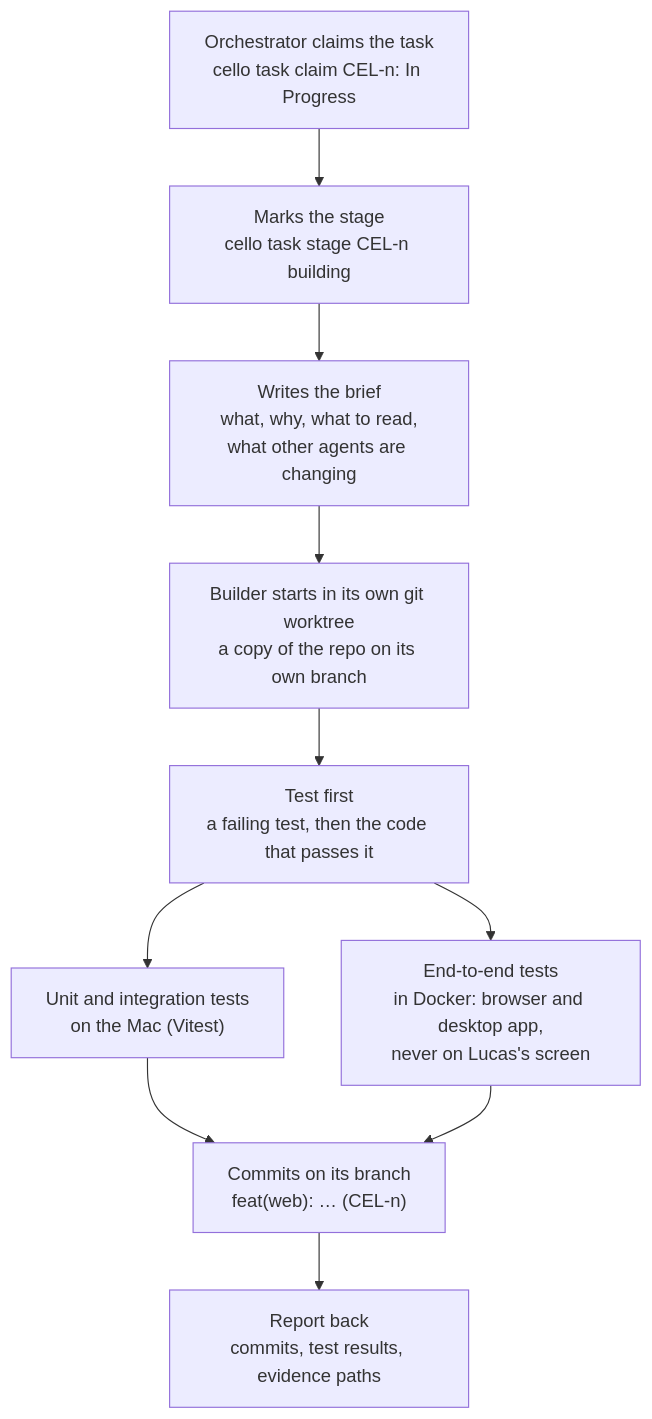
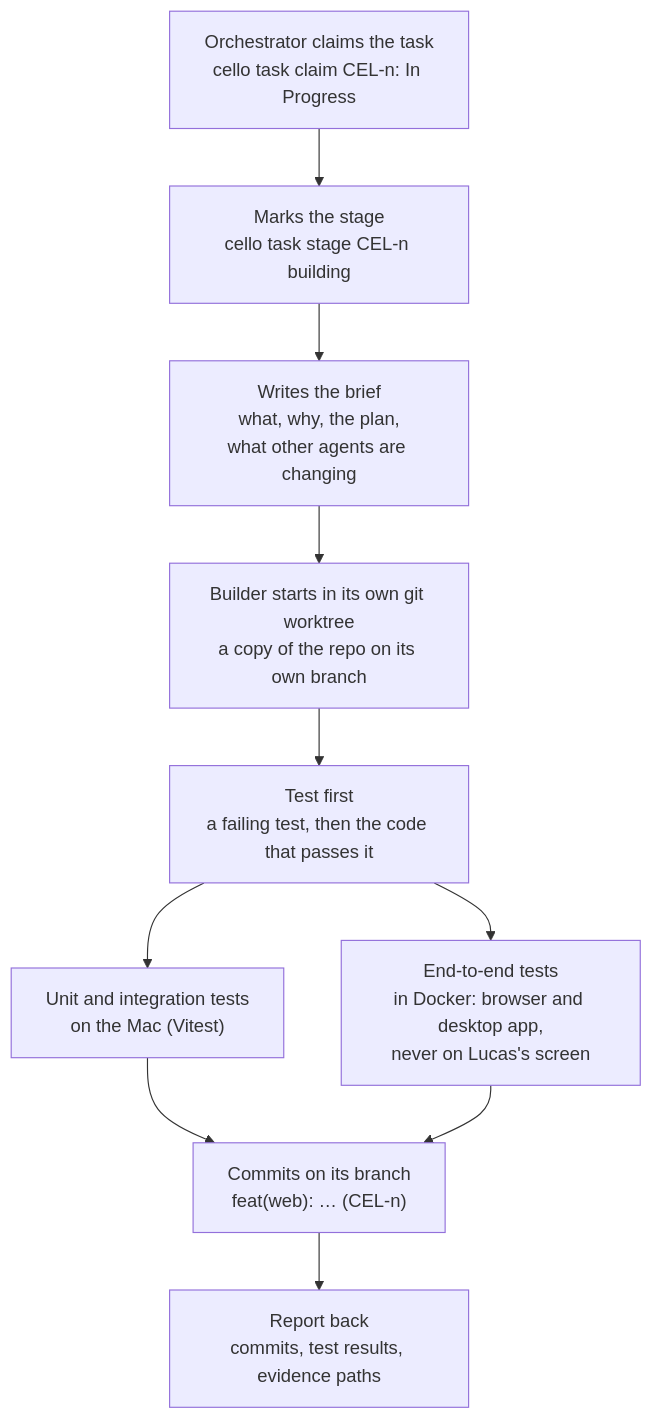
Before and after one commit to lnmunhoz/cello: the second of 5 diagrams in docs/feature-lifecycle.md, drawn with Mermaid. The commit also changed other lines of this file and 5 other files, not shown here.

````diff
--- a/docs/feature-lifecycle.md
+++ b/docs/feature-lifecycle.md
@@ -73,12 +82,12 @@
 ```mermaid
 flowchart TD
     A["Orchestrator claims the task<br/>cello task claim CEL-n: In Progress"] --> S["Marks the stage<br/>cello task stage CEL-n building"]
-    S --> B["Writes the brief<br/>what, why, what to read,<br/>what other agents are changing"]
+    S --> B["Writes the brief<br/>what, why, the plan,<br/>what other agents are changing"]
     B --> C["Builder starts in its own git worktree<br/>a copy of the repo on its own branch"]
     C --> D["Test first<br/>a failing test, then the code that passes it"]
     D --> E["Unit and integration tests<br/>on the Mac (Vitest)"]
     D --> F["End-to-end tests<br/>in Docker: browser and desktop app,<br/>never on Lucas's screen"]
     E --> G["Commits on its branch<br/>feat(web): … (CEL-n)"]
     F --> G
     G --> H["Report back<br/>commits, test results, evidence paths"]
 ```
````
